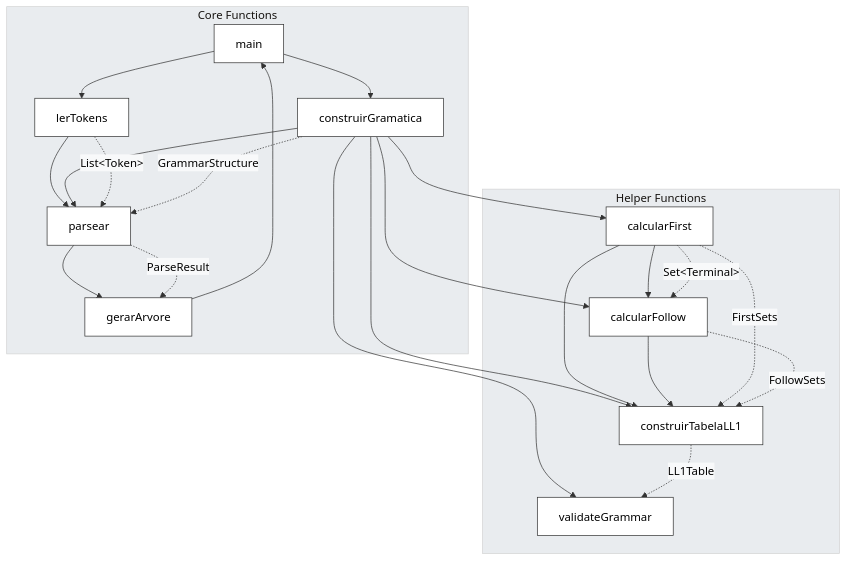
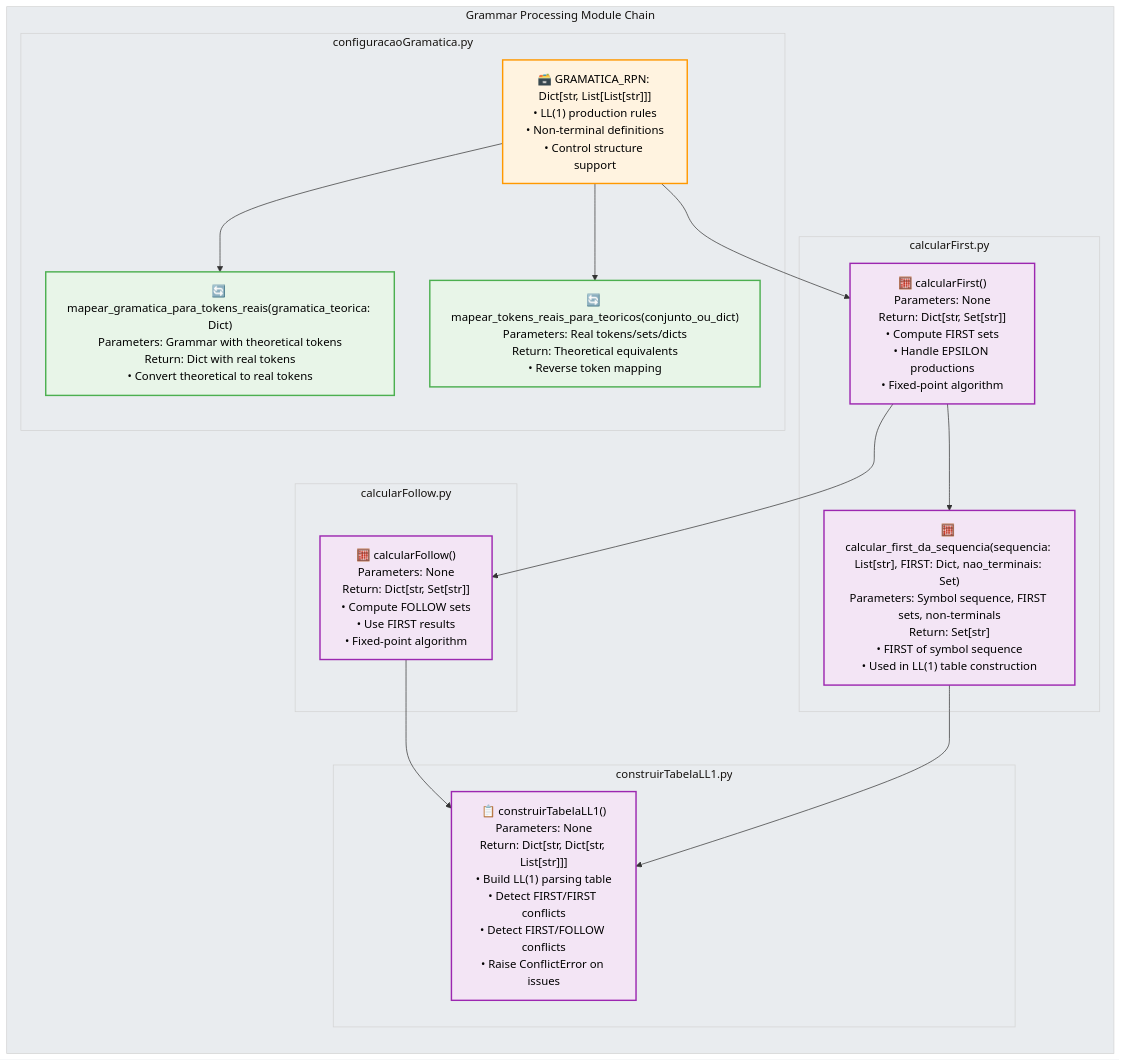
The third of 6 diagrams in flowcharts/RA2/RA2_Function_Interfaces.md (waifuisalie/RA2_1), drawn with Mermaid before and after one commit. The commit also changed other lines of this file and 1 other file, not shown here.

Commit message:
adding correct and improved flowcharts

````diff
--- a/flowcharts/RA2/RA2_Function_Interfaces.md
+++ b/flowcharts/RA2/RA2_Function_Interfaces.md
@@ -69,33 +122,45 @@
 ```mermaid
 %%{init: {'theme':'base', 'themeVariables': { 'primaryColor': '#ffffff', 'primaryTextColor': '#000000', 'primaryBorderColor': '#333333', 'lineColor': '#333333', 'secondaryColor': '#f8f9fa', 'tertiaryColor': '#e9ecef'}}}%%
-graph TD
-    %% Core Function Dependencies
-    subgraph "Core Functions"
-        A[main] --> B[lerTokens]
-        A --> C[construirGramatica]
-        B --> D[parsear]
-        C --> D
-        D --> E[gerarArvore]
-        E --> A
+graph TB
+    subgraph "Grammar Processing Module Chain"
+        direction TB
+
+        subgraph "configuracaoGramatica.py"
+            A["🗃️ GRAMATICA_RPN: Dict[str, List[List[str]]]<br/>• LL(1) production rules<br/>• Non-terminal definitions<br/>• Control structure support"]
+
+            B["🔄 mapear_gramatica_para_tokens_reais(gramatica_teorica: Dict)<br/>Parameters: Grammar with theoretical tokens<br/>Return: Dict with real tokens<br/>• Convert theoretical to real tokens"]
+
+            C["🔄 mapear_tokens_reais_para_teoricos(conjunto_ou_dict)<br/>Parameters: Real tokens/sets/dicts<br/>Return: Theoretical equivalents<br/>• Reverse token mapping"]
+        end
+
+        subgraph "calcularFirst.py"
+            D["🧮 calcularFirst()<br/>Parameters: None<br/>Return: Dict[str, Set[str]]<br/>• Compute FIRST sets<br/>• Handle EPSILON productions<br/>• Fixed-point algorithm"]
+
+            E["🧮 calcular_first_da_sequencia(sequencia: List[str], FIRST: Dict, nao_terminais: Set)<br/>Parameters: Symbol sequence, FIRST sets, non-terminals<br/>Return: Set[str]<br/>• FIRST of symbol sequence<br/>• Used in LL(1) table construction"]
+        end
+
+        subgraph "calcularFollow.py"
+            F["🧮 calcularFollow()<br/>Parameters: None<br/>Return: Dict[str, Set[str]]<br/>• Compute FOLLOW sets<br/>• Use FIRST results<br/>• Fixed-point algorithm"]
+        end
+
+        subgraph "construirTabelaLL1.py"
+            G["📋 construirTabelaLL1()<br/>Parameters: None<br/>Return: Dict[str, Dict[str, List[str]]]<br/>• Build LL(1) parsing table<br/>• Detect FIRST/FIRST conflicts<br/>• Detect FIRST/FOLLOW conflicts<br/>• Raise ConflictError on issues"]
+        end
     end
-    
-    %% Helper Function Dependencies
-    subgraph "Helper Functions"
-        C --> F[calcularFirst]
-        C --> G[calcularFollow]
-        C --> H[construirTabelaLL1]
-        C --> I[validateGrammar]
-        F --> G
-        F --> H
-        G --> H
-    end
-    
-    %% Data Flow Labels
-    B -.->|"List&lt;Token&gt;"| D
-    C -.->|"GrammarStructure"| D
-    D -.->|"ParseResult"| E
-    F -.->|"Set&lt;Terminal&gt;"| G
-    F -.->|"FirstSets"| H
-    G -.->|"FollowSets"| H
-    H -.->|"LL1Table"| I
+
+    A --> B
+    A --> C
+    A --> D
+    D --> E
+    D --> F
+    F --> G
+    E --> G
+
+    classDef dataStruct fill:#fff3e0,stroke:#ff9800,stroke-width:2px
+    classDef computeFunc fill:#f3e5f5,stroke:#9c27b0,stroke-width:2px
+    classDef mapFunc fill:#e8f5e8,stroke:#4caf50,stroke-width:2px
+
+    class A dataStruct
+    class D,E,F,G computeFunc
+    class B,C mapFunc
 ```
````
